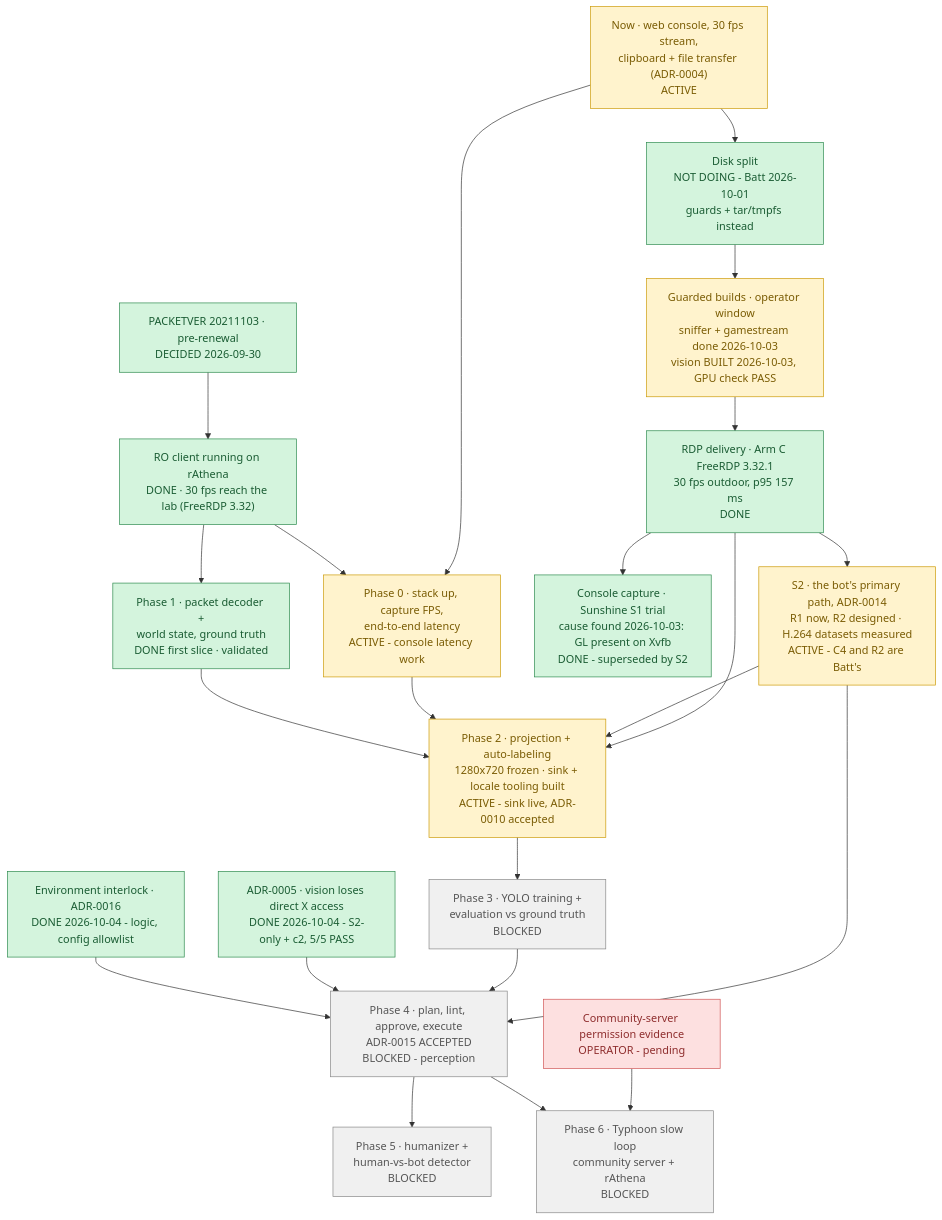
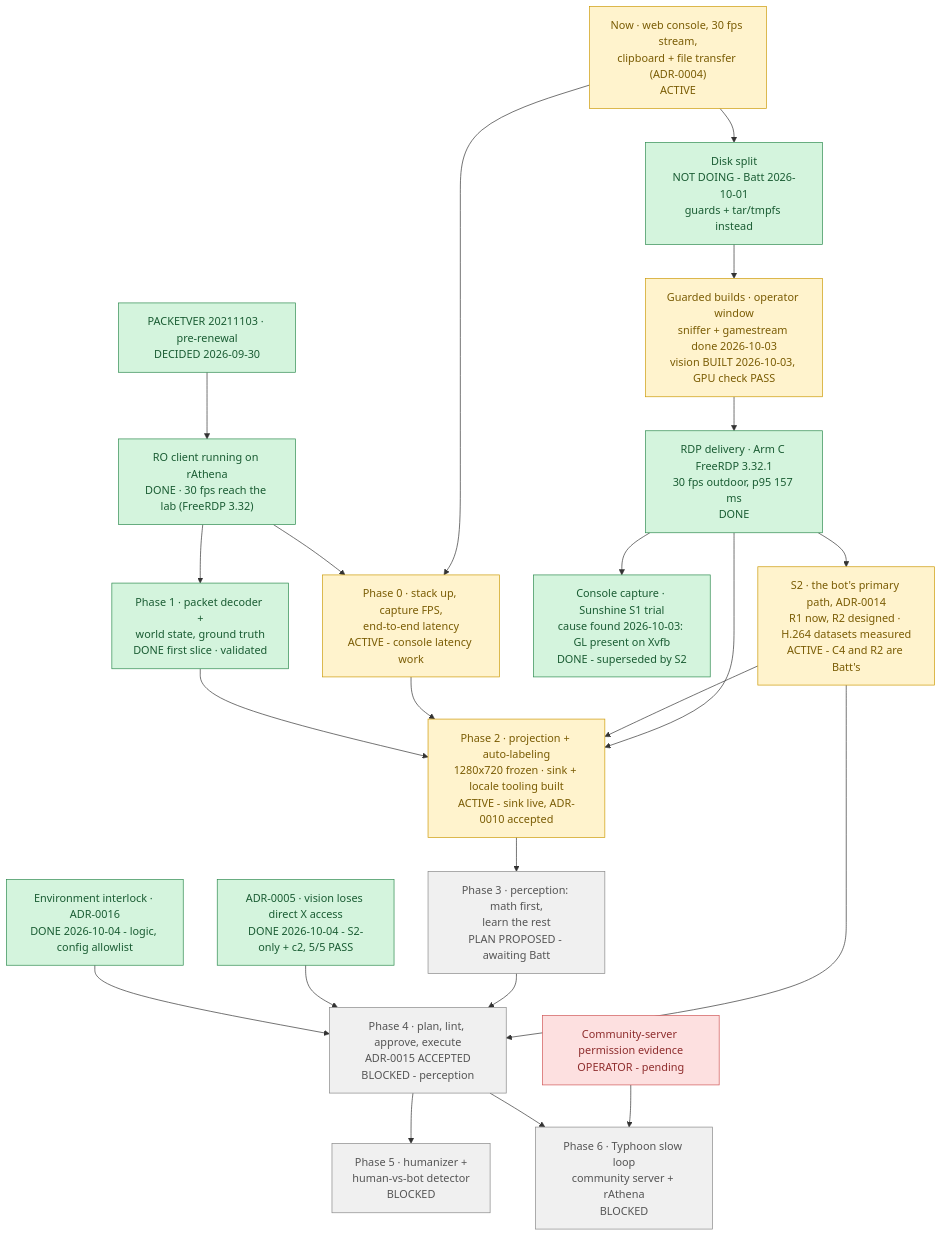
One commit to lumduan/poring-lab changed the diagram in docs/ROADMAP.md. Above: the diagram before and after it, drawn with Mermaid. The commit also changed other lines of this file and 1 other file, not shown here.

First line of the commit message:
docs: Phase 3 plan (PROPOSED) -- compute what is deterministic, learn the rest

````diff
--- a/docs/ROADMAP.md
+++ b/docs/ROADMAP.md
@@ -11,53 +11,53 @@
 ```mermaid
 flowchart TD
     N1["Now · web console, 30 fps stream,<br/>clipboard + file transfer (ADR-0004)<br/>ACTIVE"]
     N2["Disk split<br/>NOT DOING - Batt 2026-10-01<br/>guards + tar/tmpfs instead"]
     N3["Guarded builds · operator window<br/>sniffer + gamestream done 2026-10-03<br/>vision BUILT 2026-10-03, GPU check PASS"]
     D1["PACKETVER 20211103 · pre-renewal<br/>DECIDED 2026-09-30"]
     S1["RO client running on rAthena<br/>DONE · 30 fps reach the lab (FreeRDP 3.32)"]
     D2["ADR-0005 · vision loses direct X access<br/>DONE 2026-10-04 - S2-only + c2, 5/5 PASS"]
     D3["Environment interlock · ADR-0016<br/>DONE 2026-10-04 - logic, config allowlist"]
     E1["Community-server permission evidence<br/>OPERATOR - pending"]
     P0["Phase 0 · stack up, capture FPS,<br/>end-to-end latency<br/>ACTIVE - console latency work"]
     P1["Phase 1 · packet decoder +<br/>world state, ground truth<br/>DONE first slice · validated"]
     H1["RDP delivery · Arm C FreeRDP 3.32.1<br/>30 fps outdoor, p95 157 ms<br/>DONE"]
     C1["Console capture · Sunshine S1 trial<br/>cause found 2026-10-03: GL present on Xvfb<br/>DONE - superseded by S2"]
     S2["S2 · the bot's primary path, ADR-0014<br/>R1 now, R2 designed · H.264 datasets measured<br/>ACTIVE - C4 and R2 are Batt's"]
     P2["Phase 2 · projection + auto-labeling<br/>1280x720 frozen · sink + locale tooling built<br/>ACTIVE - sink live, ADR-0010 accepted"]
-    P3["Phase 3 · YOLO training +<br/>evaluation vs ground truth<br/>BLOCKED"]
+    P3["Phase 3 · perception: math first,<br/>learn the rest<br/>PLAN PROPOSED - awaiting Batt"]
     P4["Phase 4 · plan, lint, approve, execute<br/>ADR-0015 ACCEPTED<br/>BLOCKED - perception"]
     P5["Phase 5 · humanizer +<br/>human-vs-bot detector<br/>BLOCKED"]
     P6["Phase 6 · Typhoon slow loop<br/>community server + rAthena<br/>BLOCKED"]
 
     N1 --> N2 --> N3
     N3 --> H1
     H1 --> C1
     H1 --> S2
     H1 --> P2
     S2 --> P2
     S2 --> P4
     D1 --> S1
     N1 --> P0
     S1 --> P0
     S1 --> P1
     P0 --> P2
     P1 --> P2
     P2 --> P3 --> P4
     D2 --> P4
     D3 --> P4
     E1 --> P6
     P4 --> P5
     P4 --> P6
 
     classDef done     fill:#d4f4dd,stroke:#2d8a4e,color:#1a5c33
     classDef active   fill:#fff3cd,stroke:#cc9a06,color:#7a5c04
     classDef ready    fill:#d6e9ff,stroke:#3b7dd8,color:#1e4d8f
     classDef blocked  fill:#f0f0f0,stroke:#888,color:#555
     classDef decision fill:#fde0e0,stroke:#d05555,color:#8f2e2e
     classDef goal     fill:#ede0fb,stroke:#8a5cd8,color:#4d2e8f
 
     class D1,S1,P1,N2,H1,C1,D2,D3 done
     class N1,P0,P2,S2,N3 active
     class E1 decision
     class P3,P4,P5,P6 blocked
 ```
````
